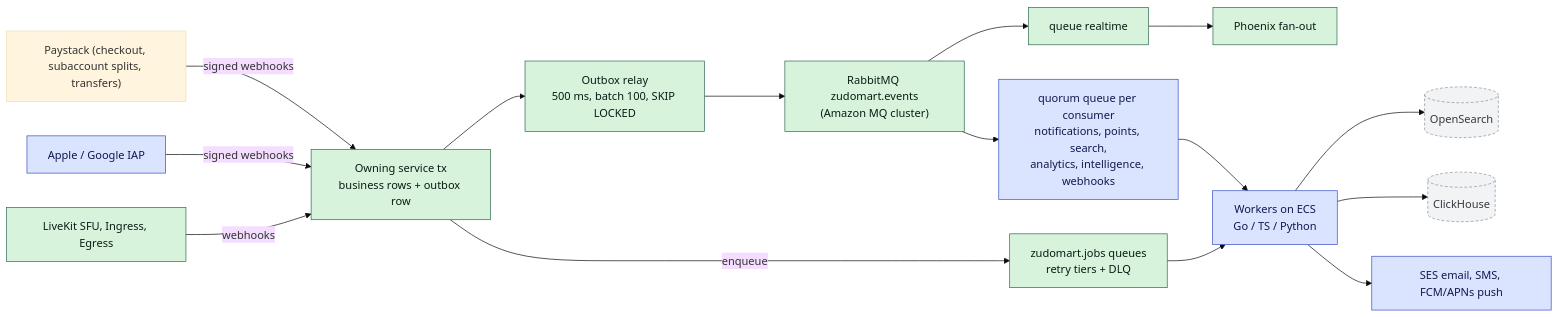
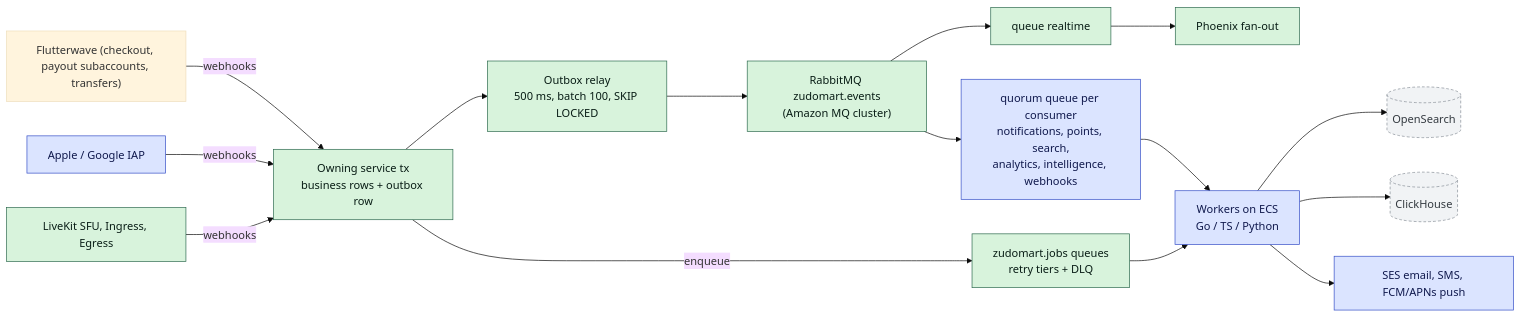
One commit to telente-technologies/nantty changed the fourth of 4 diagrams in docs/architecture/system.md. Above: the diagram before and after it, drawn with Mermaid (base theme). The commit also changed other lines of this file and 8 other files, not shown here.

Commit message:
docs/architecture batch 1

````diff
--- a/docs/architecture/system.md
+++ b/docs/architecture/system.md
@@ -136,30 +136,30 @@
 ```mermaid
 flowchart LR
   classDef existing fill:#d8f3dc,stroke:#2d6a4f,color:#081c15
   classDef proposed fill:#dbe4ff,stroke:#364fc7,color:#10194d
   classDef future fill:#f1f3f5,stroke:#868e96,color:#343a40,stroke-dasharray: 4 3
 
   svc["Owning service tx<br/>business rows + outbox row"]:::existing
   relay["Outbox relay<br/>500 ms, batch 100, SKIP LOCKED"]:::existing
   bus["RabbitMQ zudomart.events<br/>(Amazon MQ cluster)"]:::existing
   qRt["queue realtime"]:::existing
   qOwn["quorum queue per consumer<br/>notifications, points, search,<br/>analytics, intelligence, webhooks"]:::proposed
   jobs["zudomart.jobs queues<br/>retry tiers + DLQ"]:::existing
   workers["Workers on ECS<br/>Go / TS / Python"]:::proposed
   rt["Phoenix fan-out"]:::existing
   os[("OpenSearch")]:::future
   ch[("ClickHouse")]:::future
-  paystack["Paystack (checkout, subaccount splits, transfers)"]
+  flutterwave["Flutterwave (checkout, payout subaccounts, transfers)"]
   iap["Apple / Google IAP"]:::proposed
   livekit["LiveKit SFU, Ingress, Egress"]:::existing
   comms["SES email, SMS, FCM/APNs push"]:::proposed
 
   svc --> relay --> bus
   bus --> qRt --> rt
   bus --> qOwn --> workers
   svc -- "enqueue" --> jobs --> workers
   workers --> os & ch
   workers --> comms
-  paystack & iap -- "signed webhooks" --> svc
+  flutterwave & iap -- "webhooks" --> svc
   livekit -- "webhooks" --> svc
 ```
````
